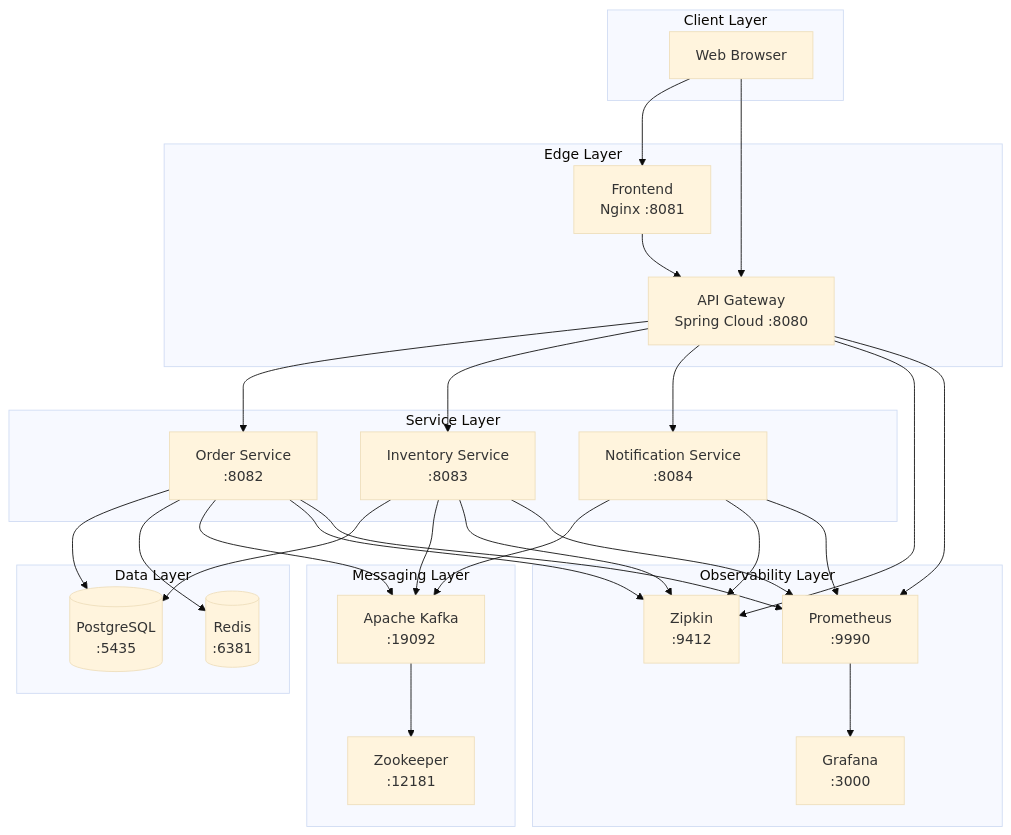
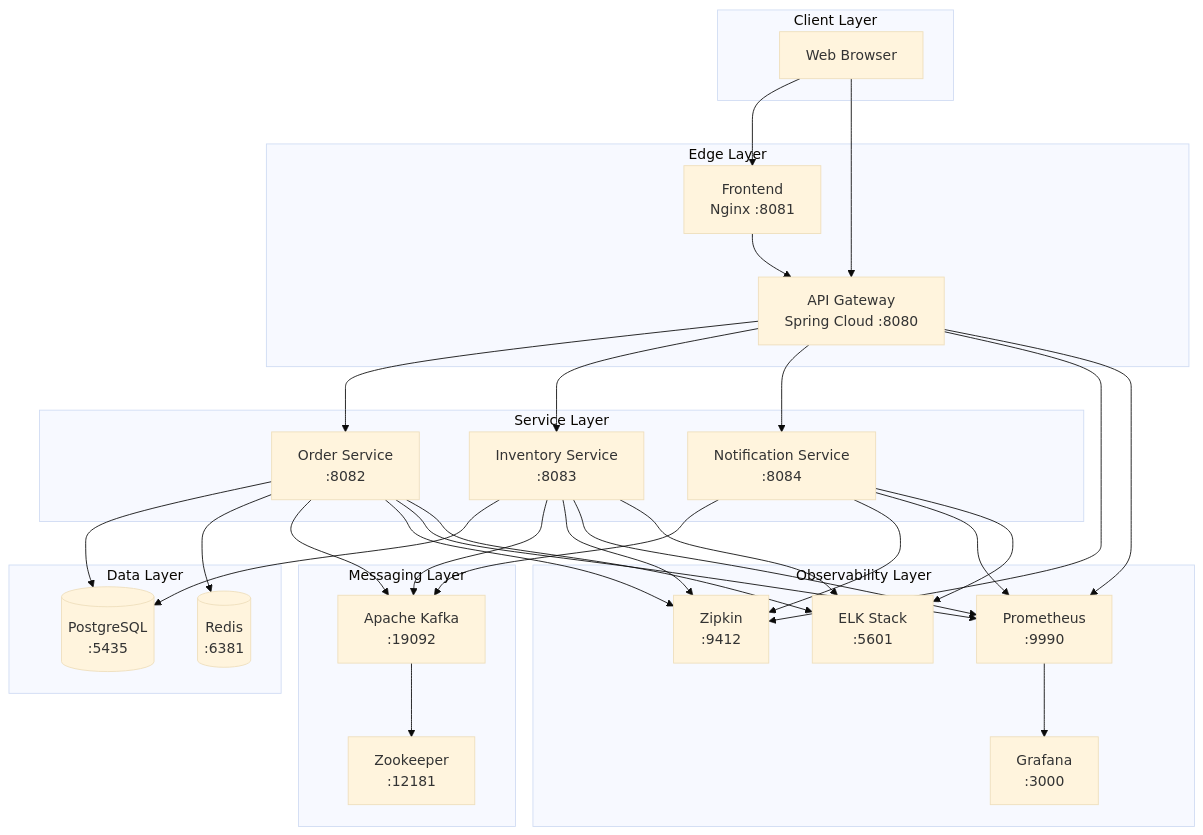
The first of 3 diagrams in docs/ARCHITECTURE.md (iam-ssrivastav/order-management-system), drawn with Mermaid (base theme) before and after one commit. The commit also changed other lines of this file and 1 other file, not shown here.

Commit message:
Update architecture and API documentation with latest changes

````diff
--- a/docs/ARCHITECTURE.md
+++ b/docs/ARCHITECTURE.md
@@ -20,61 +20,66 @@
 ```mermaid
 graph TB
     subgraph "Client Layer"
         UI[Web Browser]
     end
     
     subgraph "Edge Layer"
         FE[Frontend<br/>Nginx :8081]
         GW[API Gateway<br/>Spring Cloud :8080]
     end
     
     subgraph "Service Layer"
         OS[Order Service<br/>:8082]
         IS[Inventory Service<br/>:8083]
         NS[Notification Service<br/>:8084]
     end
     
     subgraph "Messaging Layer"
         KAFKA[Apache Kafka<br/>:19092]
         ZK[Zookeeper<br/>:12181]
     end
     
     subgraph "Data Layer"
         PG[(PostgreSQL<br/>:5435)]
         RD[(Redis<br/>:6381)]
     end
     
     subgraph "Observability Layer"
         PROM[Prometheus<br/>:9990]
         GRAF[Grafana<br/>:3000]
         ZIP[Zipkin<br/>:9412]
+        ELK[ELK Stack<br/>:5601]
     end
     
     UI --> FE
     UI --> GW
     FE --> GW
     GW --> OS
     GW --> IS
     GW --> NS
     
     OS --> PG
     OS --> RD
     OS --> KAFKA
     IS --> PG
     IS --> KAFKA
     NS --> KAFKA
     
     KAFKA --> ZK
     
     OS --> ZIP
     IS --> ZIP
     NS --> ZIP
     GW --> ZIP
     
     OS --> PROM
     IS --> PROM
     NS --> PROM
     GW --> PROM
     
+    OS --> ELK
+    IS --> ELK
+    NS --> ELK
+    
     PROM --> GRAF
 ```
````
